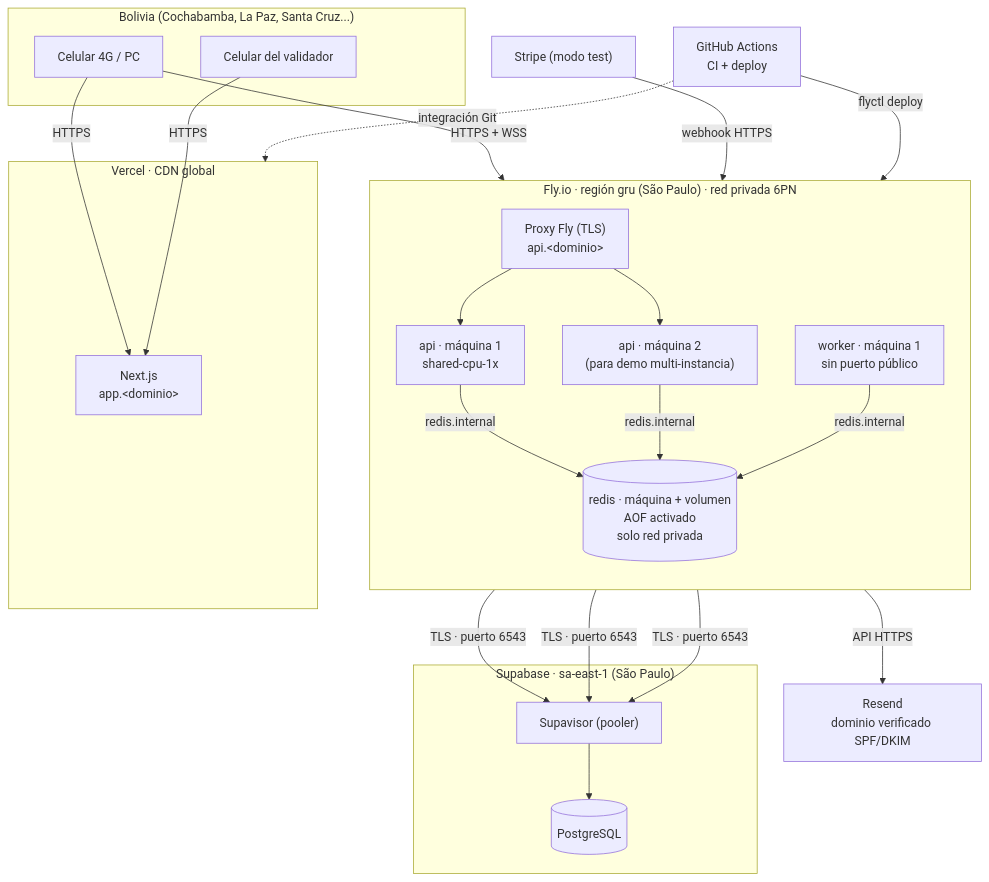
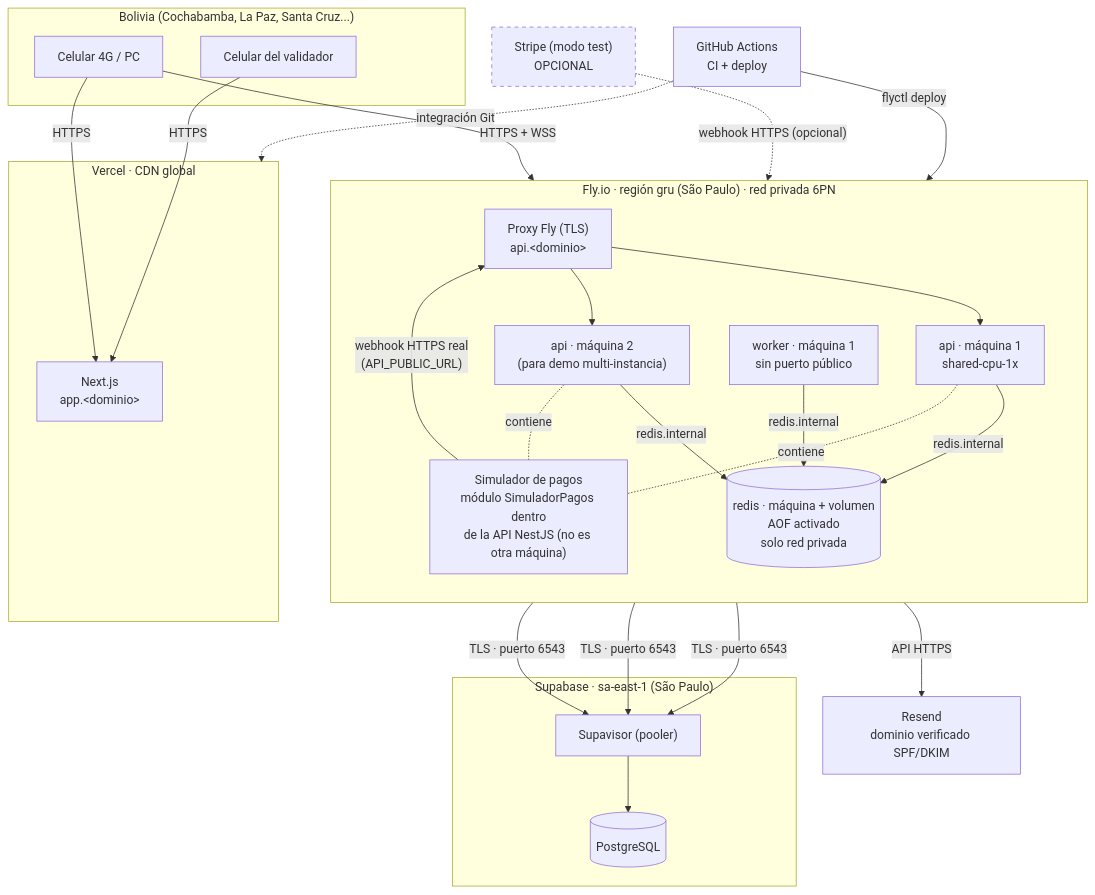
The first of 2 diagrams in Sistemas_Distribuidos/docs/07-despliegue.md (oliver-franz123/ticketing-app), drawn with Mermaid before and after one commit. The commit also changed other lines of this file and 17 other files, not shown here.

Commit message:
docs: simulador de pagos como proveedor principal y plan de semana 1

````diff
--- a/Sistemas_Distribuidos/docs/07-despliegue.md
+++ b/Sistemas_Distribuidos/docs/07-despliegue.md
@@ -8,41 +8,45 @@
 ```mermaid
 flowchart TB
     subgraph Usuarios["Bolivia (Cochabamba, La Paz, Santa Cruz...)"]
         M["Celular 4G / PC"]
         V["Celular del validador"]
     end
 
     subgraph Vercel["Vercel · CDN global"]
         FE["Next.js<br/>app.&lt;dominio&gt;"]
     end
 
     subgraph Fly["Fly.io · región gru (São Paulo) · red privada 6PN"]
         direction TB
         LB["Proxy Fly (TLS)<br/>api.&lt;dominio&gt;"]
         API1["api · máquina 1<br/>shared-cpu-1x"]
         API2["api · máquina 2<br/>(para demo multi-instancia)"]
         WK["worker · máquina 1<br/>sin puerto público"]
         RDS[("redis · máquina + volumen<br/>AOF activado<br/>solo red privada")]
+        SIM["Simulador de pagos<br/>módulo SimuladorPagos dentro<br/>de la API NestJS (no es otra máquina)"]
     end
 
     subgraph Supabase["Supabase · sa-east-1 (São Paulo)"]
         POOL["Supavisor (pooler)"]
         PG[("PostgreSQL")]
     end
 
-    STR["Stripe (modo test)"]
+    STR["Stripe (modo test)<br/>OPCIONAL"]
     RES["Resend<br/>dominio verificado SPF/DKIM"]
     GH["GitHub Actions<br/>CI + deploy"]
 
     M -- HTTPS --> FE
     M -- "HTTPS + WSS" --> LB
     V -- HTTPS --> FE
     LB --> API1 & API2
     API1 & API2 -- "redis.internal" --> RDS
     WK -- "redis.internal" --> RDS
     API1 & API2 & WK -- "TLS · puerto 6543" --> POOL --> PG
-    STR -- "webhook HTTPS" --> LB
+    API1 & API2 -. "contiene" .- SIM
+    SIM -- "webhook HTTPS real<br/>(API_PUBLIC_URL)" --> LB
+    STR -. "webhook HTTPS (opcional)" .-> LB
     WK -- "API HTTPS" --> RES
     GH -- "flyctl deploy" --> Fly
     GH -. "integración Git" .-> Vercel
+    style STR stroke-dasharray: 5 5
 ```
````
